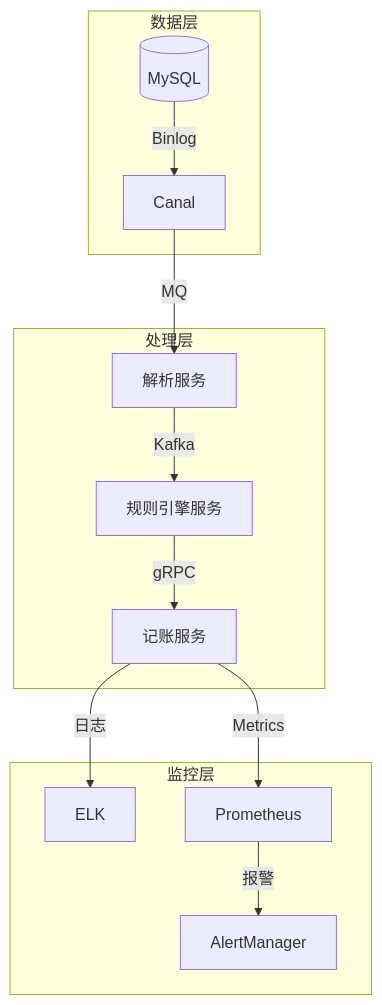
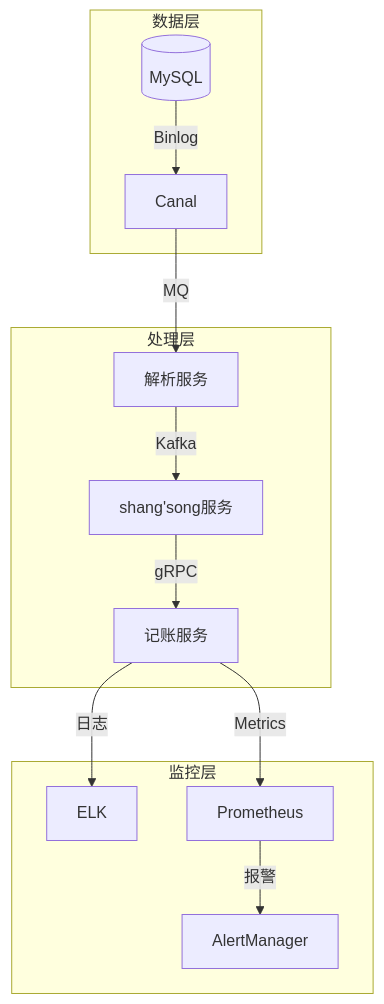
The diagram in all/未命名.md (87828943/iodraw-files), drawn with Mermaid before and after one commit.

Commit message:
2025-07-01 10:39:43 update

````diff
--- a/all/未命名.md
+++ b/all/未命名.md
@@ -1,16 +1,16 @@
 ```mermaid
 graph TB
     subgraph 数据层
         DB[(MySQL)] -->|Binlog| Canal
     end
     subgraph 处理层
         Canal -->|MQ| Parser[解析服务]
-        Parser -->|Kafka| Engine[规则引擎服务]
+        Parser -->|Kafka| Engine[shang'song服务]
         Engine -->|gRPC| Accounting[记账服务]
     end
     subgraph 监控层
         Accounting -->|日志| ELK
         Accounting -->|Metrics| Prometheus
         Prometheus -->|报警| AlertManager
     end
 ```
````
